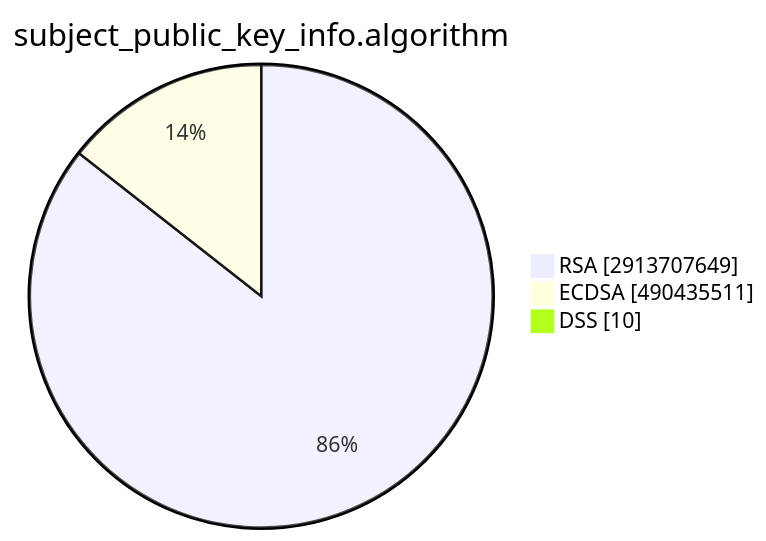
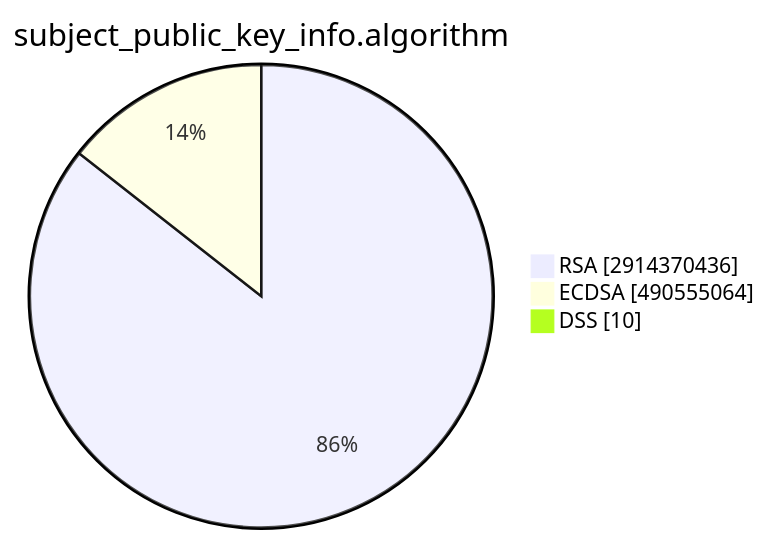
The second of 15 diagrams in TOTAL/README.md (christiankrug/ctmonitor_visualization), drawn with Mermaid before and after one commit. The commit also changed other lines of this file, not shown here.

````diff
--- a/TOTAL/README.md
+++ b/TOTAL/README.md
@@ -6,7 +6,7 @@
 ```mermaid
 pie showData
 title subject_public_key_info.algorithm
-"RSA" :2913707649
-"ECDSA" :490435511
+"RSA" :2914370436
+"ECDSA" :490555064
 "DSS" :10
 ```
````
